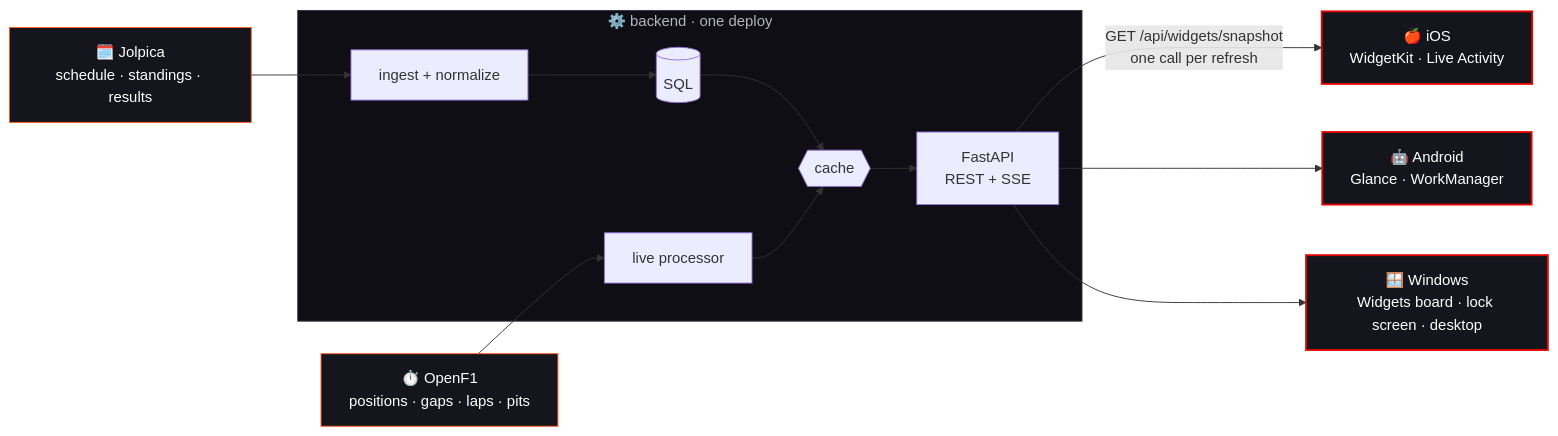
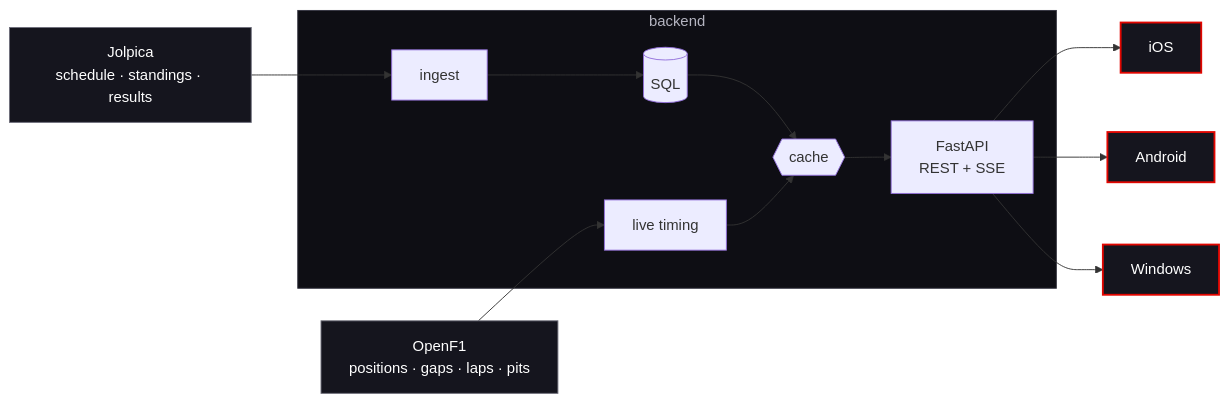
One commit to arjun-nair1090/apex-f1-widgets changed the diagram in README.md. Above: the diagram before and after it, drawn with Mermaid. The commit also changed other lines of this file and 3 other files, not shown here.

First line of the commit message:
README: rewrite, new animated hero, live timing tower and 3D track

````diff
--- a/README.md
+++ b/README.md
@@ -73,20 +126,17 @@
 ```mermaid
 flowchart LR
-    J["🗓️ Jolpica<br/>schedule · standings · results"]:::src --> I
-    O["⏱️ OpenF1<br/>positions · gaps · laps · pits"]:::src --> L
-
-    subgraph B["⚙️ backend · one deploy"]
-        I[ingest + normalize] --> DB[(SQL)]
+    J["Jolpica<br/>schedule · standings · results"]:::src --> I
+    O["OpenF1<br/>positions · gaps · laps · pits"]:::src --> L
+    subgraph B["backend"]
+        I[ingest] --> DB[(SQL)]
         DB --> C{{cache}}
-        L[live processor] --> C
+        L[live timing] --> C
         C --> API["FastAPI<br/>REST + SSE"]
     end
-
-    API -- "GET /api/widgets/snapshot<br/>one call per refresh" --> IOS["🍎 iOS<br/>WidgetKit · Live Activity"]:::client
-    API --> AND["🤖 Android<br/>Glance · WorkManager"]:::client
-    API --> WIN["🪟 Windows<br/>Widgets board · lock screen · desktop"]:::client
-
-    classDef src fill:#15151E,stroke:#FF5A1F,color:#fff
+    API --> IOS["iOS"]:::client
+    API --> AND["Android"]:::client
+    API --> WIN["Windows"]:::client
+    classDef src fill:#15151E,stroke:#6E6E7B,color:#fff
     classDef client fill:#15151E,stroke:#E10600,color:#fff,stroke-width:2px
     style B fill:#0E0E14,stroke:#33333F,color:#B4B4C0
 ```
````
